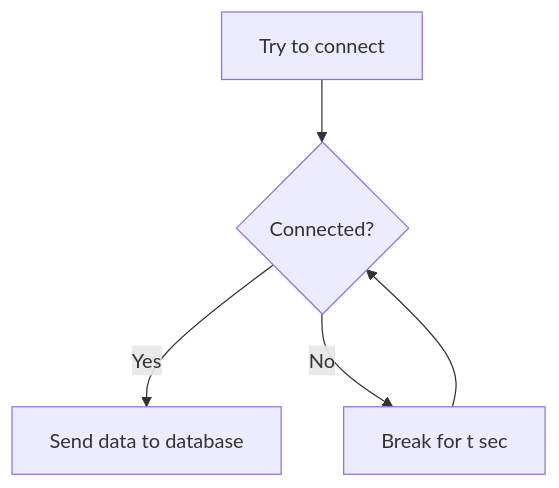
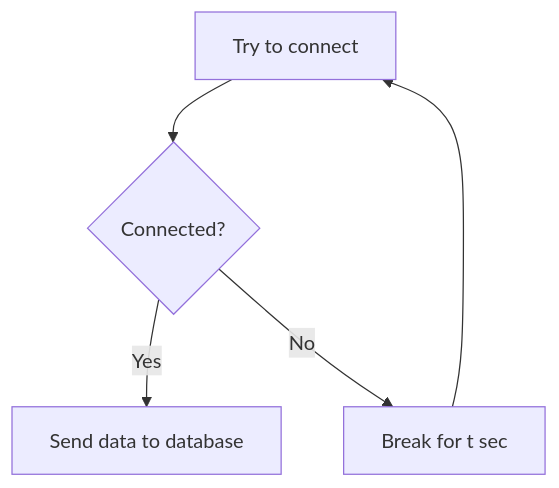
Before and after one commit to nicolarohner1337/smartclassroom: the third of 3 diagrams in abgabe_bericht/software_module_sequenzdiagramme/main_unit.md, drawn with Mermaid.

````diff
--- a/abgabe_bericht/software_module_sequenzdiagramme/main_unit.md
+++ b/abgabe_bericht/software_module_sequenzdiagramme/main_unit.md
@@ -34,7 +34,7 @@
 ```mermaid
 flowchart TD
 A[Try to connect] --> B{Connected?};
 B -- Yes --> C[Send data to database];
 B -- No --> D[Break for t sec];
-D --> B;
+D --> A;
 ```
````
